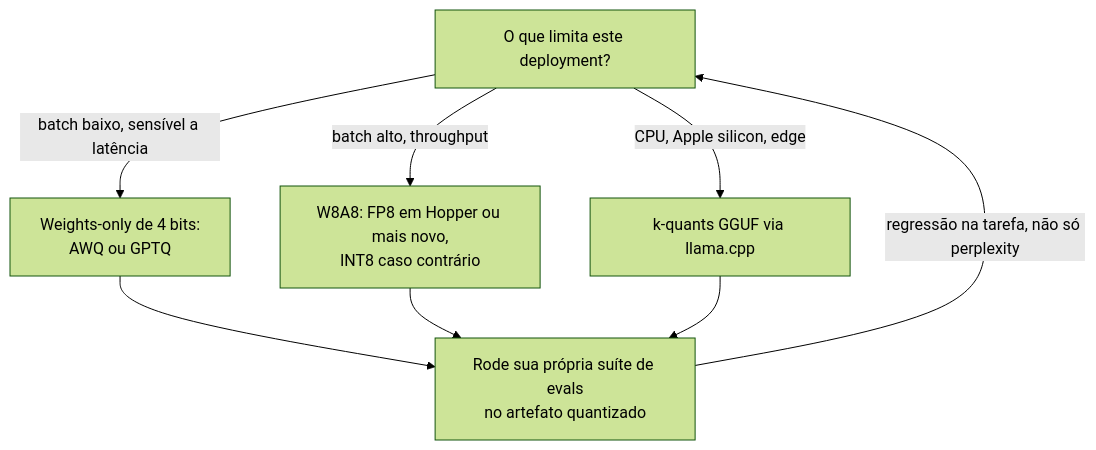
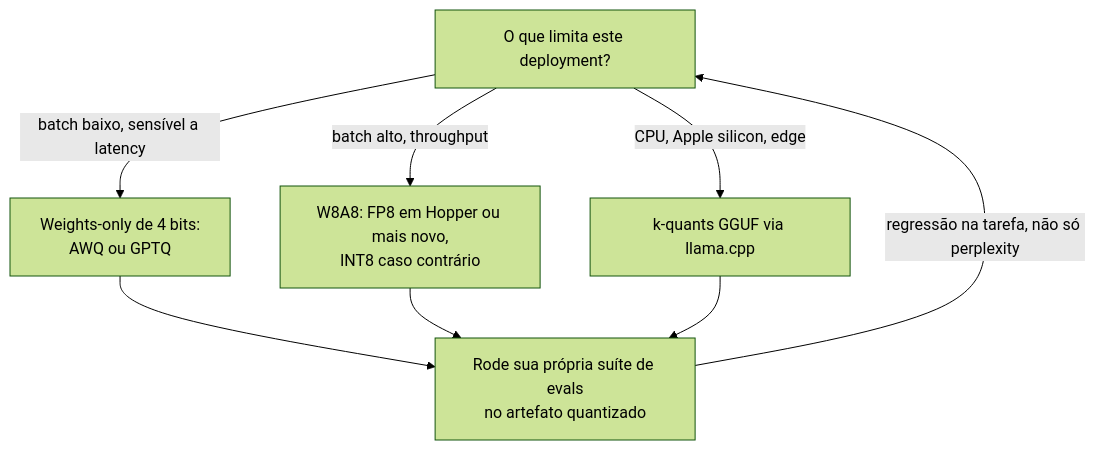
Before and after one commit to andrevberaldo/AI-Engineer-Interview-Questions: diagram 11 of 28 in 08-inference-and-production/questions.pt-BR.md, drawn with Mermaid (forest theme). The commit also changed other lines of this file and 1 other file, not shown here.

````diff
--- a/08-inference-and-production/questions.pt-BR.md
+++ b/08-inference-and-production/questions.pt-BR.md
@@ -531,10 +531,10 @@
 ```mermaid
 flowchart TD
-    Q["O que limita este deployment?"] -->|"batch baixo, sensível a latência"| W["Weights-only de 4 bits:<br/>AWQ ou GPTQ"]
+    Q["O que limita este deployment?"] -->|"batch baixo, sensível a latency"| W["Weights-only de 4 bits:<br/>AWQ ou GPTQ"]
     Q -->|"batch alto, throughput"| A["W8A8: FP8 em Hopper ou mais novo,<br/>INT8 caso contrário"]
     Q -->|"CPU, Apple silicon, edge"| G["k-quants GGUF via llama.cpp"]
     W --> E["Rode sua própria suíte de evals<br/>no artefato quantizado"]
     A --> E
     G --> E
     E -->|"regressão na tarefa, não só perplexity"| Q
 ```
````
